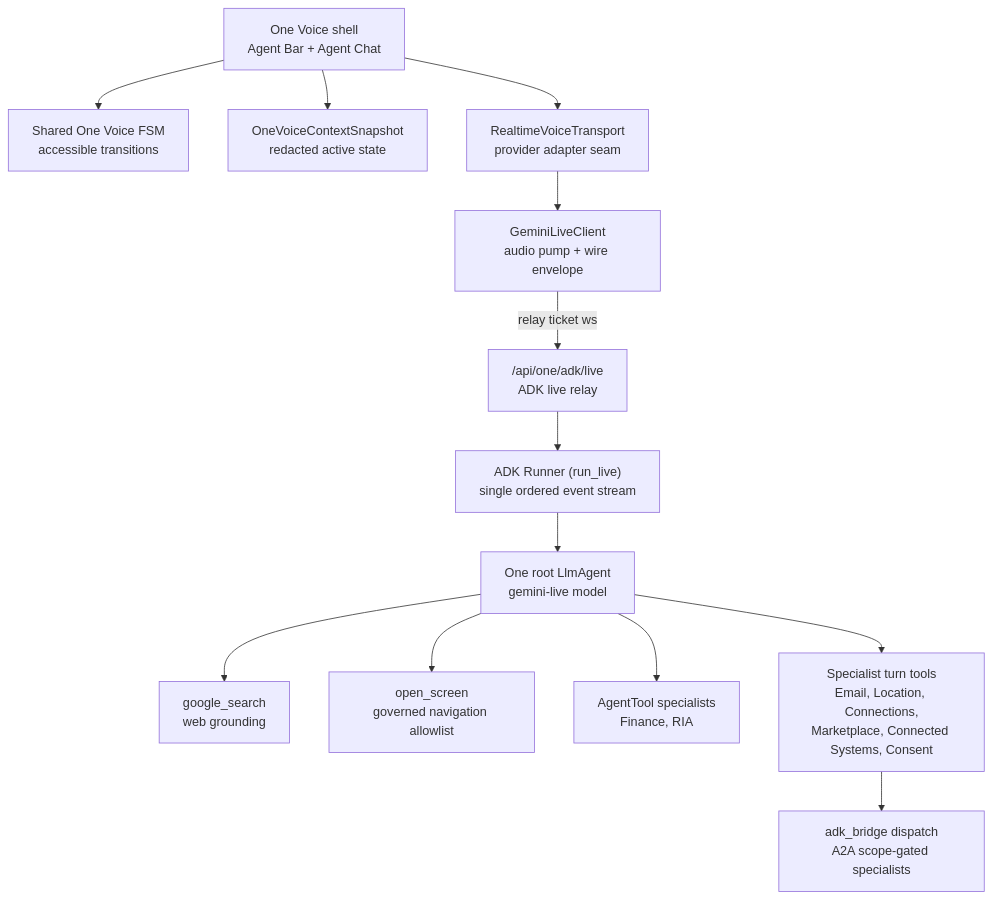
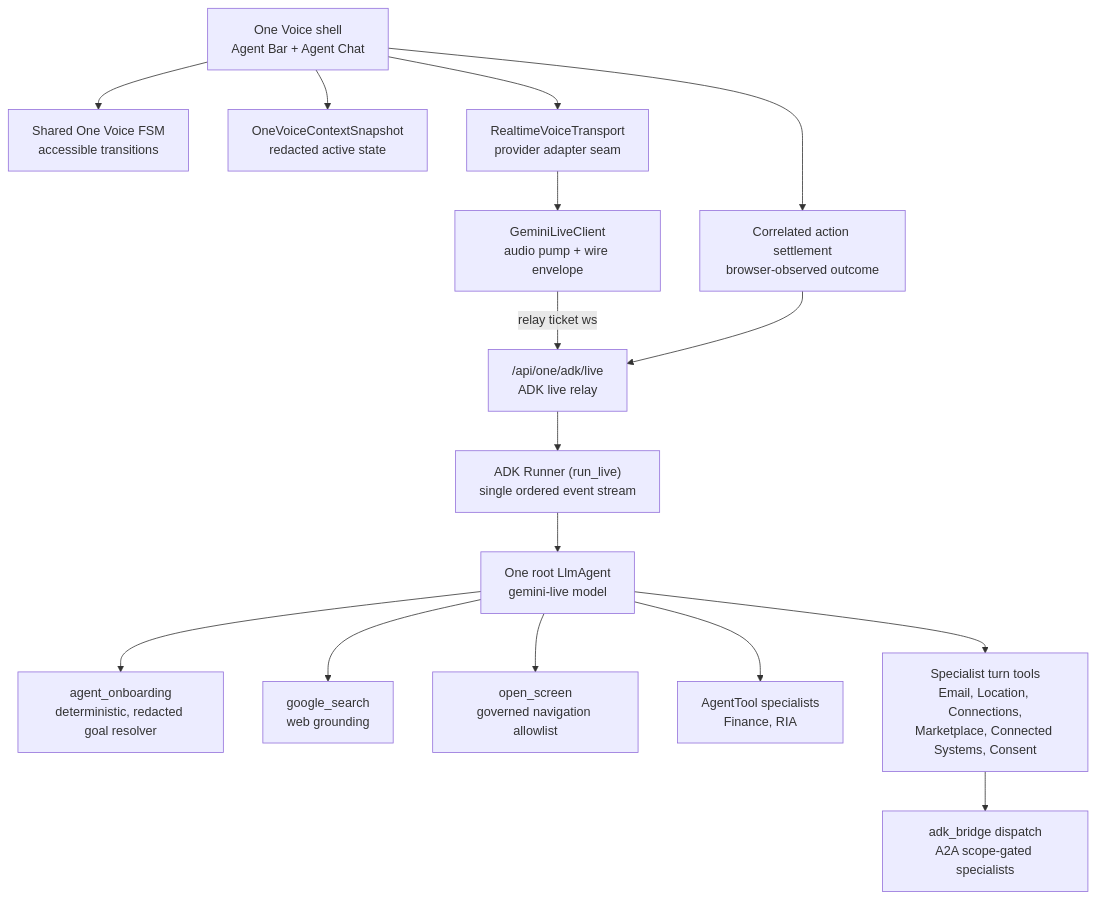
Before and after one commit to hushh-labs/hushh-research: the diagram in docs/reference/one/one-voice-runtime-architecture.md, drawn with Mermaid. The commit also changed other lines of this file and 108 other files, not shown here.

Commit message:
feat(one): harden voice onboarding journey

````diff
--- a/docs/reference/one/one-voice-runtime-architecture.md
+++ b/docs/reference/one/one-voice-runtime-architecture.md
@@ -7,29 +7,34 @@
 ```mermaid
 flowchart TD
   shell["One Voice shell<br/>Agent Bar + Agent Chat"]
   fsm["Shared One Voice FSM<br/>accessible transitions"]
   context["OneVoiceContextSnapshot<br/>redacted active state"]
   transport["RealtimeVoiceTransport<br/>provider adapter seam"]
   gemini["GeminiLiveClient<br/>audio pump + wire envelope"]
+  settlement["Correlated action settlement<br/>browser-observed outcome"]
   relay["/api/one/adk/live<br/>ADK live relay"]
   runner["ADK Runner (run_live)<br/>single ordered event stream"]
   one["One root LlmAgent<br/>gemini-live model"]
+  onboarding["agent_onboarding<br/>deterministic, redacted goal resolver"]
   search["google_search<br/>web grounding"]
   nav["open_screen<br/>governed navigation allowlist"]
   agenttools["AgentTool specialists<br/>Finance, RIA"]
   fntools["Specialist turn tools<br/>Email, Location, Connections,<br/>Marketplace, Connected Systems, Consent"]
   a2a["adk_bridge dispatch<br/>A2A scope-gated specialists"]
 
   shell --> fsm
   shell --> context
   shell --> transport
   transport --> gemini
   gemini -- "relay ticket ws" --> relay
   relay --> runner
   runner --> one
+  one --> onboarding
   one --> search
   one --> nav
   one --> agenttools
   one --> fntools
   fntools --> a2a
+  shell --> settlement
+  settlement --> relay
 ```
````
